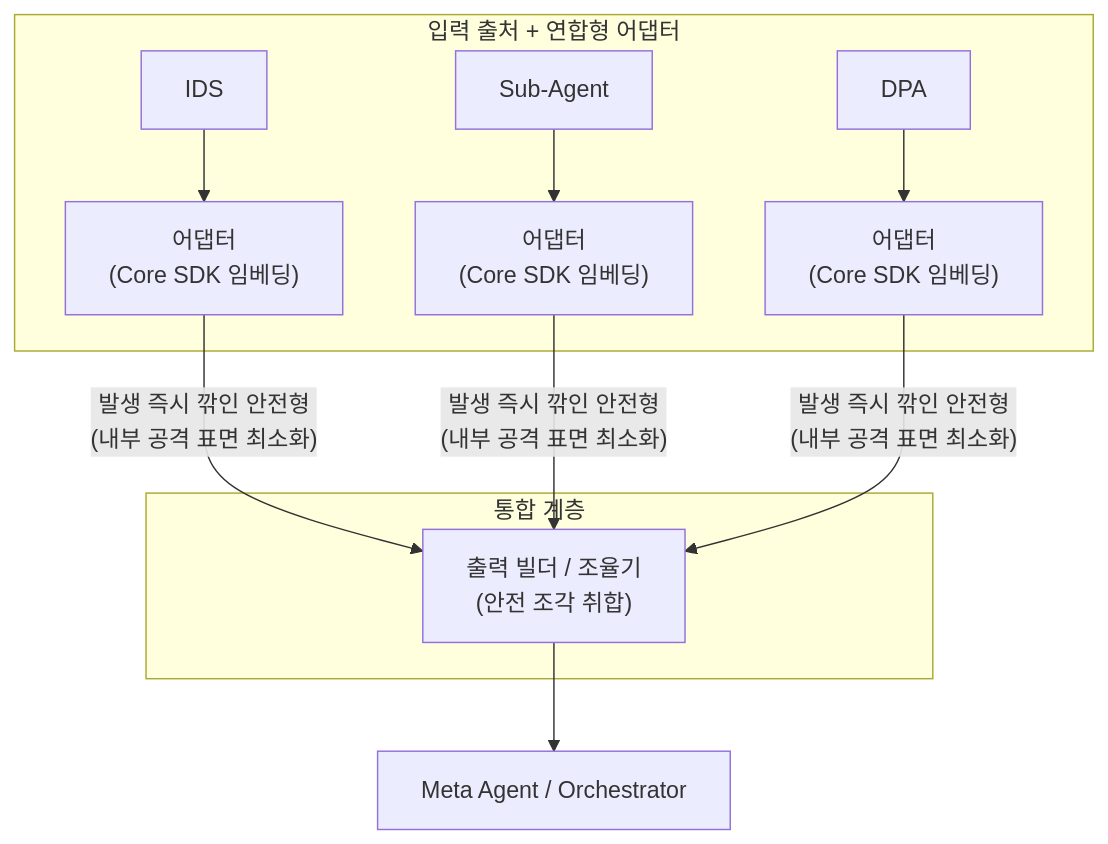
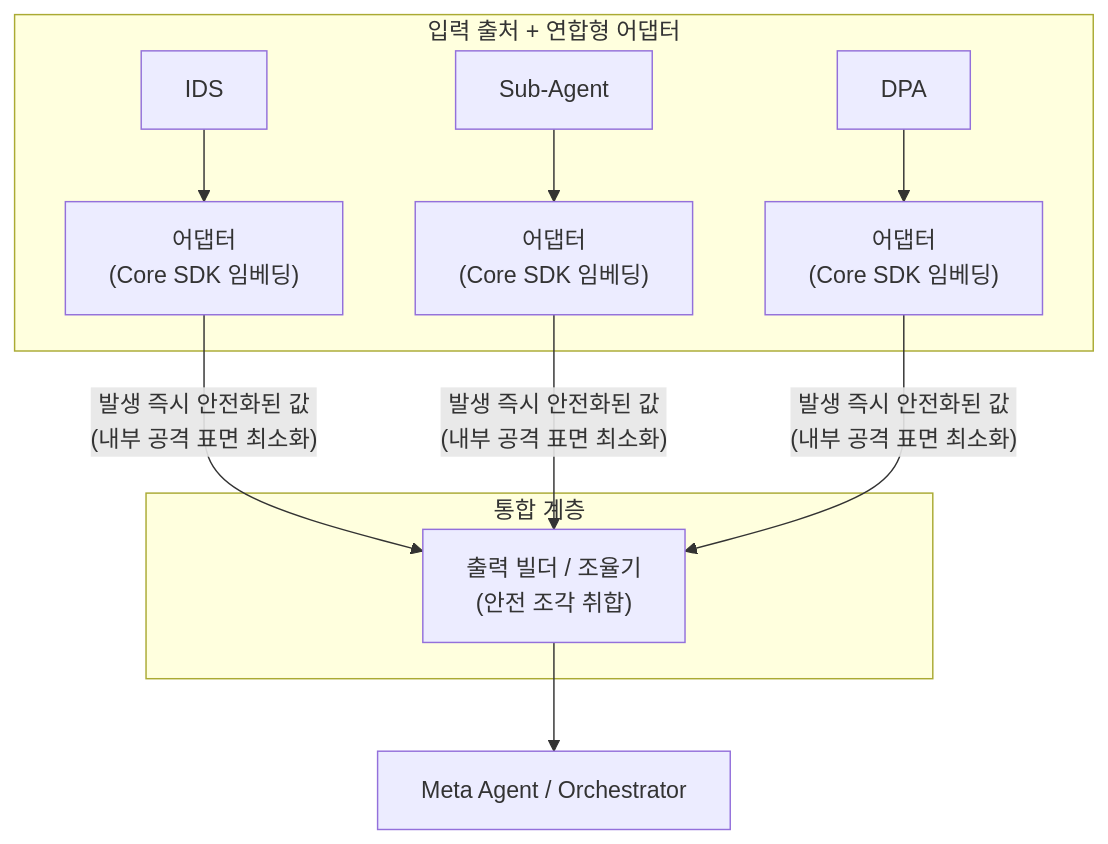
Before and after one commit to Sunwoo-Nam/architect-teamproject: the second of 2 diagrams in docs/07-DP후보안/DP03-개인정보-처리-게이트웨이-구조.md, drawn with Mermaid. The commit also changed 2 other files, not shown here.

Commit message:
docs: DP03 정규화 시점 대안 정리

````diff
--- a/docs/07-DP후보안/DP03-개인정보-처리-게이트웨이-구조.md
+++ b/docs/07-DP후보안/DP03-개인정보-처리-게이트웨이-구조.md
@@ -59,15 +59,15 @@
 ```mermaid
 flowchart TD
   subgraph Data_Sources ["입력 출처 + 연합형 어댑터"]
     IDS["IDS"] --> A1["어댑터\n(Core SDK 임베딩)"]
     SA["Sub-Agent"] --> A2["어댑터\n(Core SDK 임베딩)"]
     DPA["DPA"] --> A3["어댑터\n(Core SDK 임베딩)"]
   end
 
   subgraph Integration ["통합 계층"]
     BUILD["출력 빌더 / 조율기\n(안전 조각 취합)"]
   end
 
-  A1 & A2 & A3 -->|"발생 즉시 깎인 안전형\n(내부 공격 표면 최소화)"| BUILD
+  A1 & A2 & A3 -->|"발생 즉시 안전화된 값\n(내부 공격 표면 최소화)"| BUILD
   BUILD --> OUT["Meta Agent / Orchestrator"]
 ```
````
